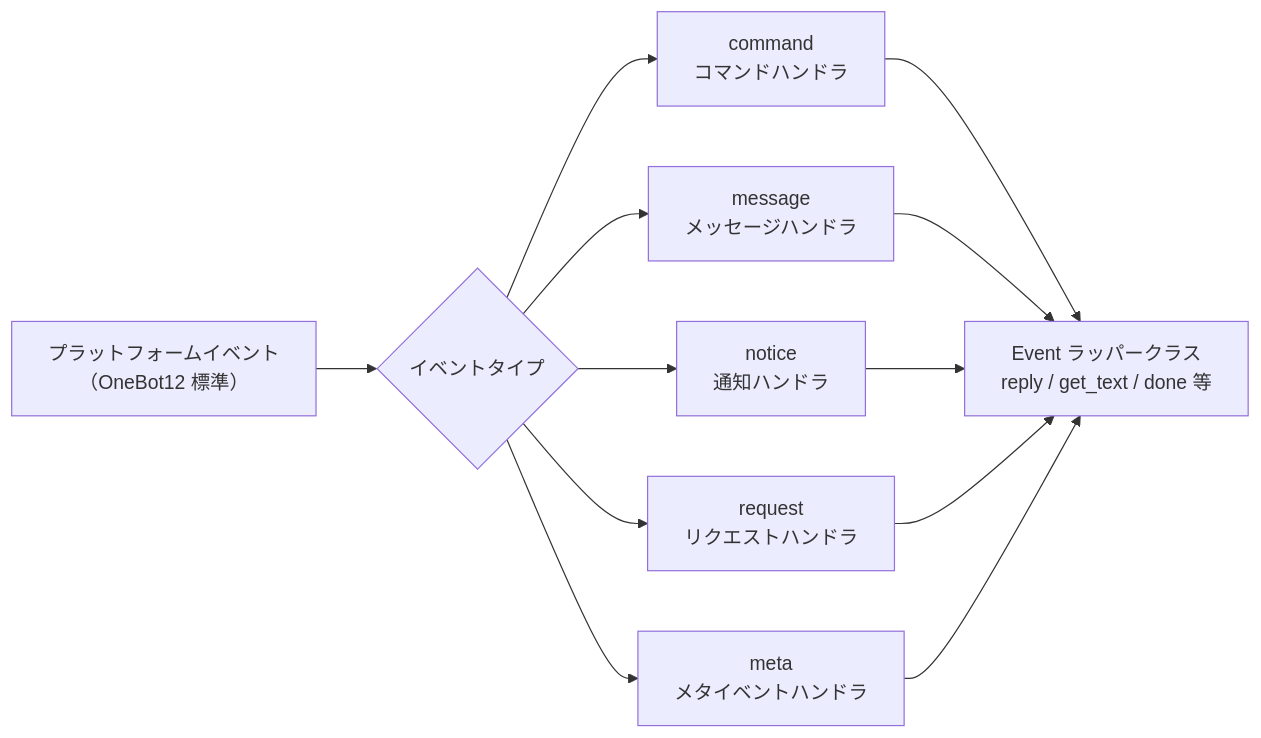
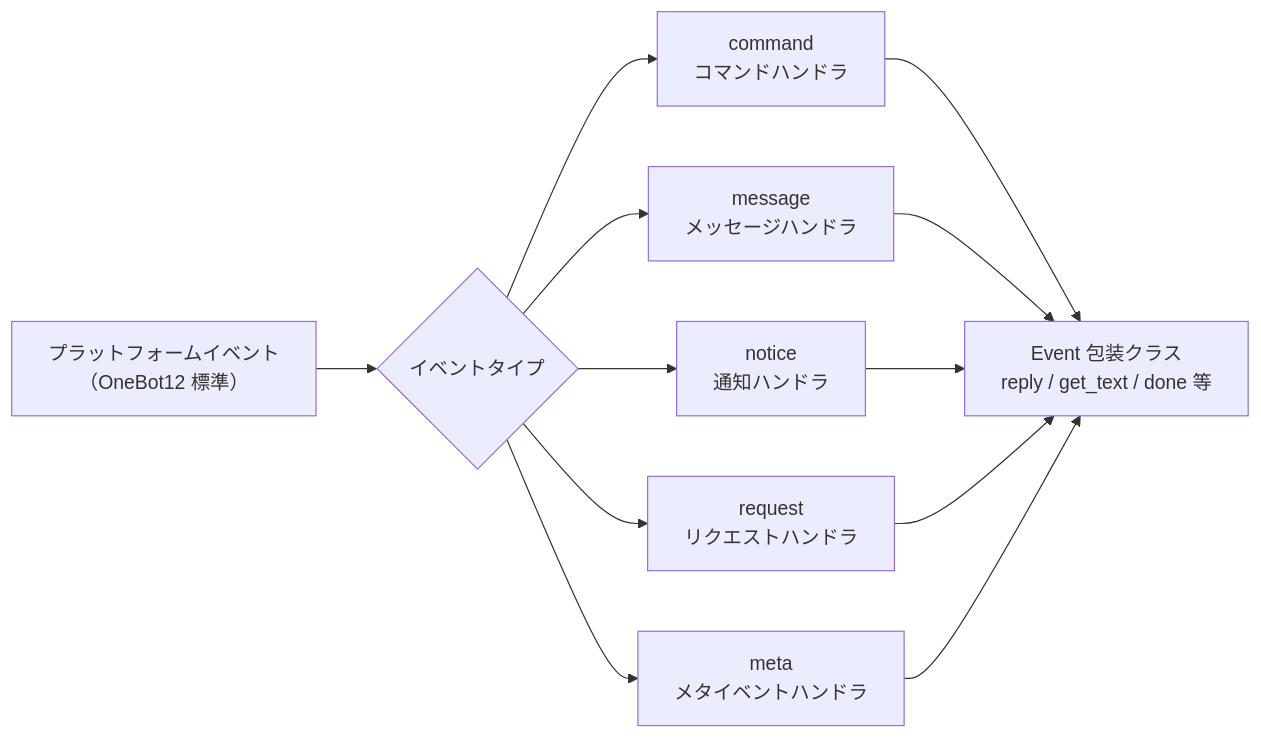
The diagram in docs/ja/api-reference/event-system.md (ErisPulse/ErisPulse), drawn with Mermaid before and after one commit. The commit also changed other lines of this file and 622 other files, not shown here.

````diff
--- a/docs/ja/api-reference/event-system.md
+++ b/docs/ja/api-reference/event-system.md
@@ -7,10 +7,10 @@
 ```mermaid
 flowchart LR
     A["プラットフォームイベント<br/>（OneBot12 標準）"] --> B{"イベントタイプ"}
     B --> C["command<br/>コマンドハンドラ"]
     B --> D["message<br/>メッセージハンドラ"]
     B --> E["notice<br/>通知ハンドラ"]
     B --> F["request<br/>リクエストハンドラ"]
     B --> G["meta<br/>メタイベントハンドラ"]
-    C & D & E & F & G --> H["Event ラッパークラス<br/>reply / get_text / done 等"]
+    C & D & E & F & G --> H["Event 包装クラス<br/>reply / get_text / done 等"]
 ```
````
